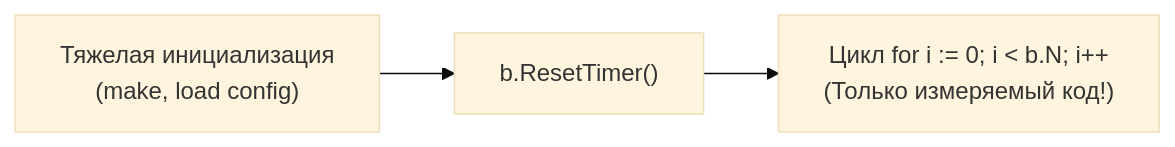
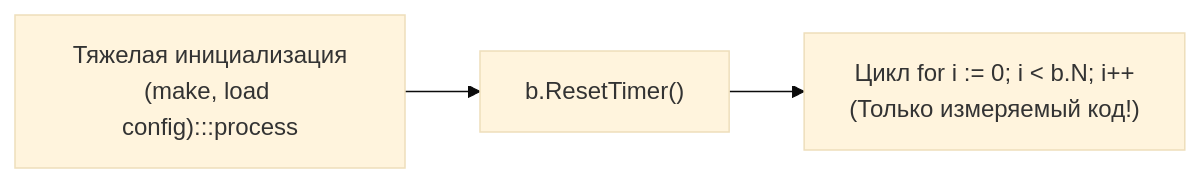
Before and after one commit to UnrealTemplier/go-textbook: the second of 3 diagrams in sources/16. Профилирование, отладка и производительность/02. Benchmarking/2. Benchmarking в Go.md, drawn with Mermaid (base theme). The commit also changed other lines of this file and 1666 other files, not shown here.

First line of the commit message:
feat(mermaid): add semantic color classDef to 1369 colorless flowchart/graph diagrams

````diff
--- a/sources/16. Профилирование, отладка и производительность/02. Benchmarking/2. Benchmarking в Go.md
+++ b/sources/16. Профилирование, отладка и производительность/02. Benchmarking/2. Benchmarking в Go.md
@@ -112,5 +122,15 @@
 ```mermaid
 flowchart LR
-    Init["Тяжелая инициализация<br>(make, load config)"] --> Reset["b.ResetTimer()"]
+    classDef process  fill:#1e293b,stroke:#38bdf8,stroke-width:1px,color:#f8fafc
+    classDef success  fill:#064e3b,stroke:#34d399,stroke-width:1px,color:#f8fafc
+    classDef error    fill:#7f1d1d,stroke:#f87171,stroke-width:1px,color:#f8fafc
+    classDef warning  fill:#78350f,stroke:#fbbf24,stroke-width:1px,color:#f8fafc
+    classDef entry    fill:#1e3a5f,stroke:#38bdf8,stroke-width:2px,color:#f8fafc
+    classDef aux      fill:#334155,stroke:#64748b,stroke-width:1px,color:#f8fafc
+    classDef system   fill:#312e81,stroke:#a78bfa,stroke-width:1px,color:#f8fafc
+    classDef data     fill:#132d29,stroke:#2dd4bf,stroke-width:1px,color:#f8fafc
+    classDef network  fill:#881337,stroke:#fb7185,stroke-width:1px,color:#f8fafc
+    classDef accent   fill:#1e1b4b,stroke:#818cf8,stroke-width:1px,color:#f8fafc
+    Init["Тяжелая инициализация<br>(make, load config):::process"] --> Reset["b.ResetTimer()"]
     Reset --> Loop["Цикл for i := 0; i < b.N; i++<br>(Только измеряемый код!)"]
 ```
````
